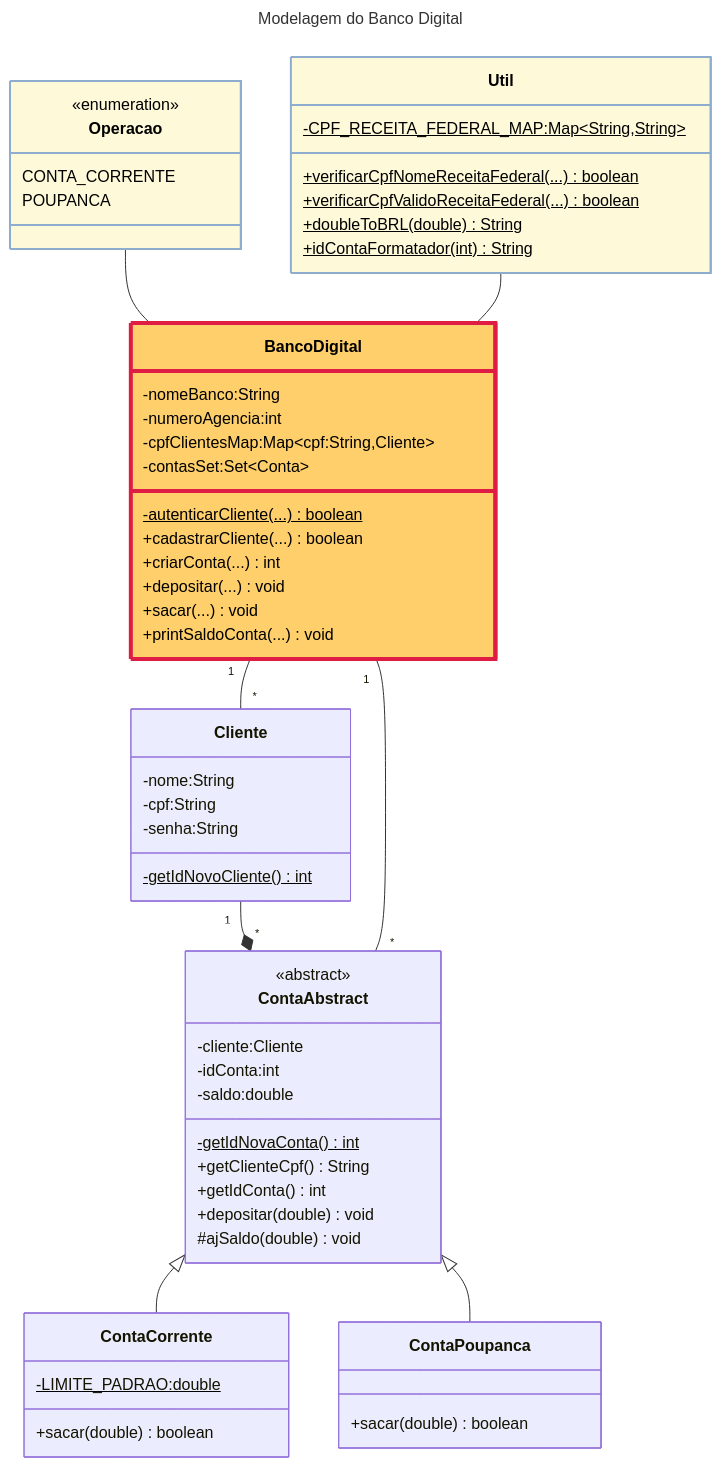
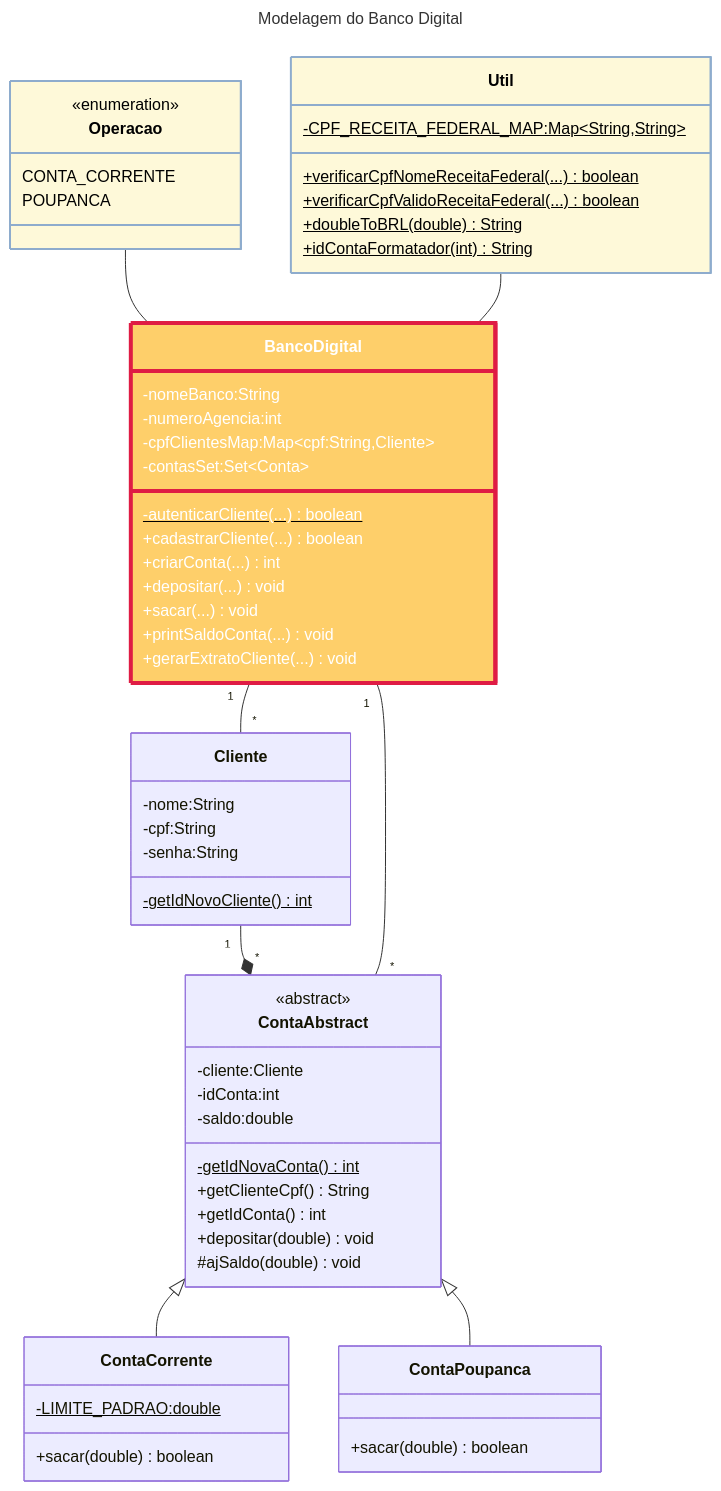
One commit to marcobz-bzz/dio-trilha-java-basico changed the diagram in desafios/BancoDigital/README.md. Above: the diagram before and after it, drawn with Mermaid.

Commit message:
ajuste mermaid

````diff
--- a/desafios/BancoDigital/README.md
+++ b/desafios/BancoDigital/README.md
@@ -19,72 +19,73 @@
 ```mermaid
 ---
 title: Modelagem do Banco Digital
 ---
 classDiagram
 
 class Util {
     -CPF_RECEITA_FEDERAL_MAP:Map~String,String~ $
     +verificarCpfNomeReceitaFederal(...)$ boolean
     +verificarCpfValidoReceitaFederal(...)$ boolean
     +doubleToBRL(double)$ String
     +idContaFormatador(int)$ String
 }
 
 class ContaAbstract {
     <<abstract>>
     -cliente:Cliente
     -idConta:int
     -saldo:double
     -getIdNovaConta()$ int
     +getClienteCpf() String
     +getIdConta() int
     +depositar(double) void
     #ajSaldo(double) void
 }
 
 class ContaCorrente{
     -LIMITE_PADRAO:double $
     +sacar(double) boolean
 }
 ContaAbstract <|-- ContaCorrente
 
 class ContaPoupanca{
     +sacar(double) boolean
 }
 ContaAbstract <|-- ContaPoupanca
 
 class Cliente {
     -nome:String
     -cpf:String
     -senha:String
     -getIdNovoCliente()$ int
 }
 Cliente "1" --* "*" ContaAbstract
 
 class Operacao {
     <<enumeration>>
     CONTA_CORRENTE
     POUPANCA
 }
 Operacao -- BancoDigital
 
 class BancoDigital{
     -nomeBanco:String
     -numeroAgencia:int
     -cpfClientesMap:Map~cpf:String,Cliente~
     -contasSet:Set~Conta~
     -autenticarCliente(...)$ boolean
     +cadastrarCliente(...) boolean
     +criarConta(...) int
     +depositar(...) void
     +sacar(...) void
     +printSaldoConta(...) void
+    +gerarExtratoCliente(...) void
 }
 BancoDigital "1" -- "*" Cliente
 BancoDigital "1" -- "*" ContaAbstract
 Util -- BancoDigital
 
-style BancoDigital fill:#FECF6A,stroke:#DF1C44,stroke-width:4px,color:black
+style BancoDigital fill:#FECF6A,stroke:#DF1C44,stroke-width:4px,color:white
 style Operacao fill:#FEF9D9,stroke:#8EACCD,stroke-width:2px,color:black
 style Util fill:#FEF9D9,stroke:#8EACCD,stroke-width:2px,color:black
 ```
````
